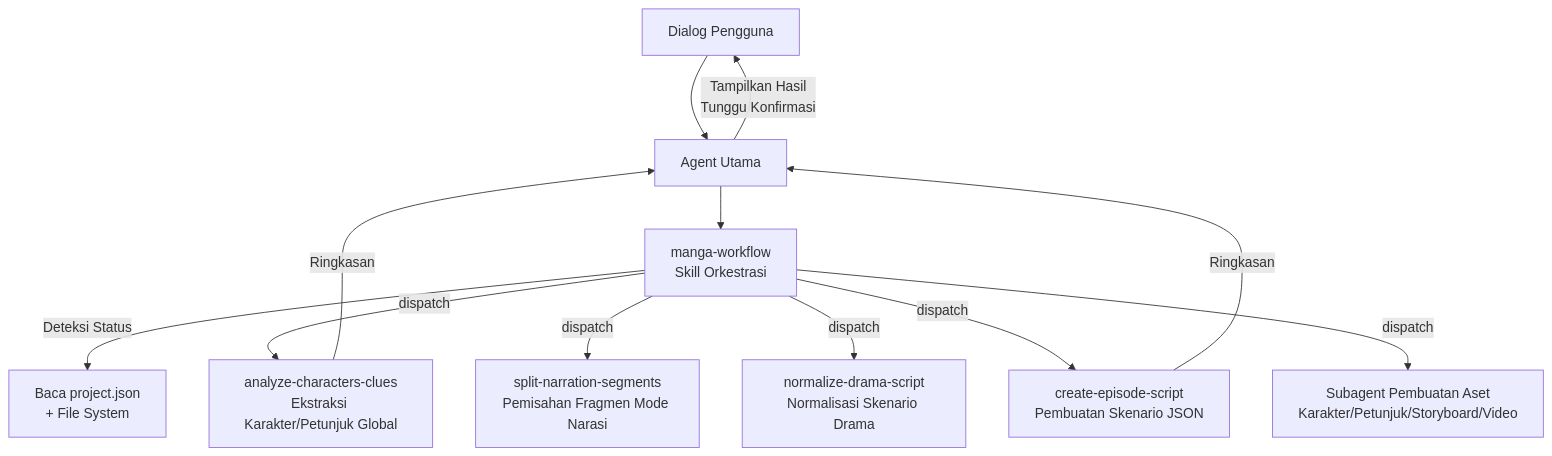
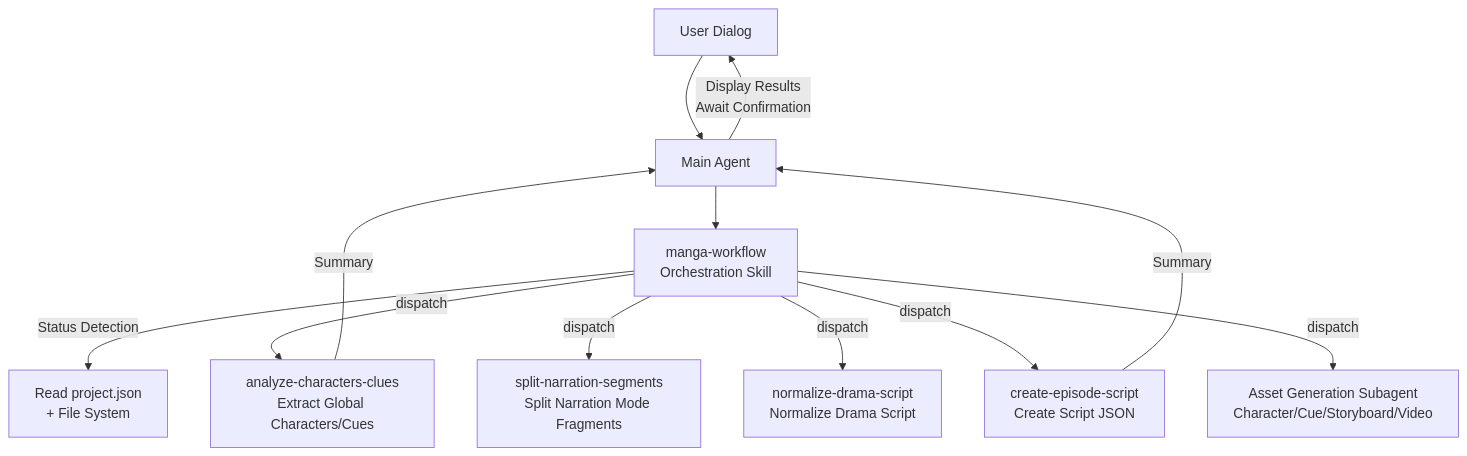
One commit to zedfar/ArcReel changed the second of 3 diagrams in README.md. Above: the diagram before and after it, drawn with Mermaid. The commit also changed other lines of this file and 191 other files, not shown here.

````diff
--- a/README.md
+++ b/README.md
@@ -179,14 +178,14 @@
 ```mermaid
 flowchart TD
-    User["Dialog Pengguna"] --> Main["Agent Utama"]
-    Main --> MW["manga-workflow<br/>Skill Orkestrasi"]
-    MW -->|"Deteksi Status"| PJ["Baca project.json<br/>+ File System"]
-    MW -->|"dispatch"| SA1["analyze-characters-clues<br/>Ekstraksi Karakter/Petunjuk Global"]
-    MW -->|"dispatch"| SA2["split-narration-segments<br/>Pemisahan Fragmen Mode Narasi"]
-    MW -->|"dispatch"| SA3["normalize-drama-script<br/>Normalisasi Skenario Drama"]
-    MW -->|"dispatch"| SA4["create-episode-script<br/>Pembuatan Skenario JSON"]
-    MW -->|"dispatch"| SA5["Subagent Pembuatan Aset<br/>Karakter/Petunjuk/Storyboard/Video"]
-    SA1 -->|"Ringkasan"| Main
-    SA4 -->|"Ringkasan"| Main
-    Main -->|"Tampilkan Hasil<br/>Tunggu Konfirmasi"| User
+    User["User Dialog"] --> Main["Main Agent"]
+    Main --> MW["manga-workflow<br/>Orchestration Skill"]
+    MW -->|"Status Detection"| PJ["Read project.json<br/>+ File System"]
+    MW -->|"dispatch"| SA1["analyze-characters-clues<br/>Extract Global Characters/Cues"]
+    MW -->|"dispatch"| SA2["split-narration-segments<br/>Split Narration Mode Fragments"]
+    MW -->|"dispatch"| SA3["normalize-drama-script<br/>Normalize Drama Script"]
+    MW -->|"dispatch"| SA4["create-episode-script<br/>Create Script JSON"]
+    MW -->|"dispatch"| SA5["Asset Generation Subagent<br/>Character/Cue/Storyboard/Video"]
+    SA1 -->|"Summary"| Main
+    SA4 -->|"Summary"| Main
+    Main -->|"Display Results<br/>Await Confirmation"| User
 ```
````
